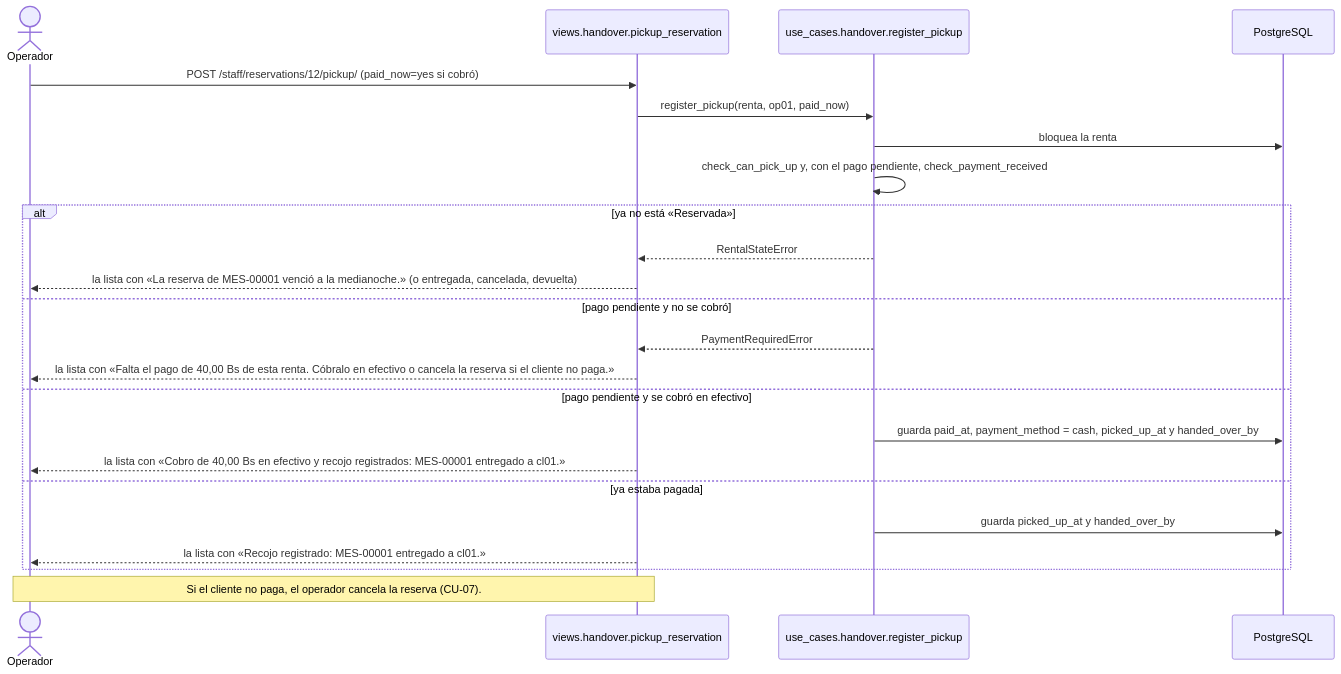
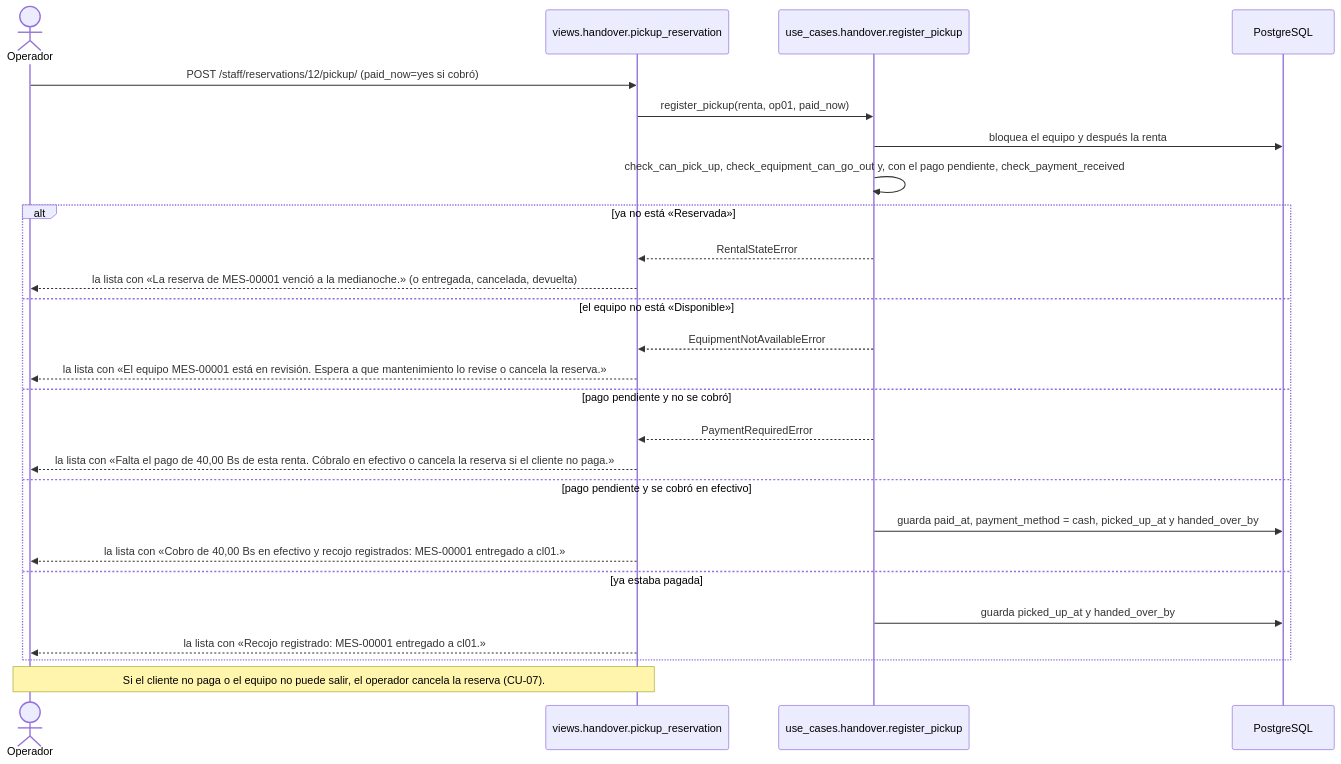
Before and after one commit to peterteranb/astra-rent-system: the ninth of 20 diagrams in docs/casos-de-uso.md, drawn with Mermaid. The commit also changed other lines of this file and 6 other files, not shown here.

````diff
--- a/docs/casos-de-uso.md
+++ b/docs/casos-de-uso.md
@@ -458,25 +465,28 @@
 ```mermaid
 sequenceDiagram
     actor O as Operador
     participant V as views.handover.pickup_reservation
     participant U as use_cases.handover.register_pickup
     participant BD as PostgreSQL
     O->>V: POST /staff/reservations/12/pickup/ (paid_now=yes si cobró)
     V->>U: register_pickup(renta, op01, paid_now)
-    U->>BD: bloquea la renta
-    U->>U: check_can_pick_up y, con el pago pendiente, check_payment_received
+    U->>BD: bloquea el equipo y después la renta
+    U->>U: check_can_pick_up, check_equipment_can_go_out y, con el pago pendiente, check_payment_received
     alt ya no está «Reservada»
         U-->>V: RentalStateError
         V-->>O: la lista con «La reserva de MES-00001 venció a la medianoche.» (o entregada, cancelada, devuelta)
+    else el equipo no está «Disponible»
+        U-->>V: EquipmentNotAvailableError
+        V-->>O: la lista con «El equipo MES-00001 está en revisión. Espera a que mantenimiento lo revise o cancela la reserva.»
     else pago pendiente y no se cobró
         U-->>V: PaymentRequiredError
         V-->>O: la lista con «Falta el pago de 40,00 Bs de esta renta. Cóbralo en efectivo o cancela la reserva si el cliente no paga.»
     else pago pendiente y se cobró en efectivo
         U->>BD: guarda paid_at, payment_method = cash, picked_up_at y handed_over_by
         V-->>O: la lista con «Cobro de 40,00 Bs en efectivo y recojo registrados: MES-00001 entregado a cl01.»
     else ya estaba pagada
         U->>BD: guarda picked_up_at y handed_over_by
         V-->>O: la lista con «Recojo registrado: MES-00001 entregado a cl01.»
     end
-    Note over O,V: Si el cliente no paga, el operador cancela la reserva (CU-07).
+    Note over O,V: Si el cliente no paga o el equipo no puede salir, el operador cancela la reserva (CU-07).
 ```
````
